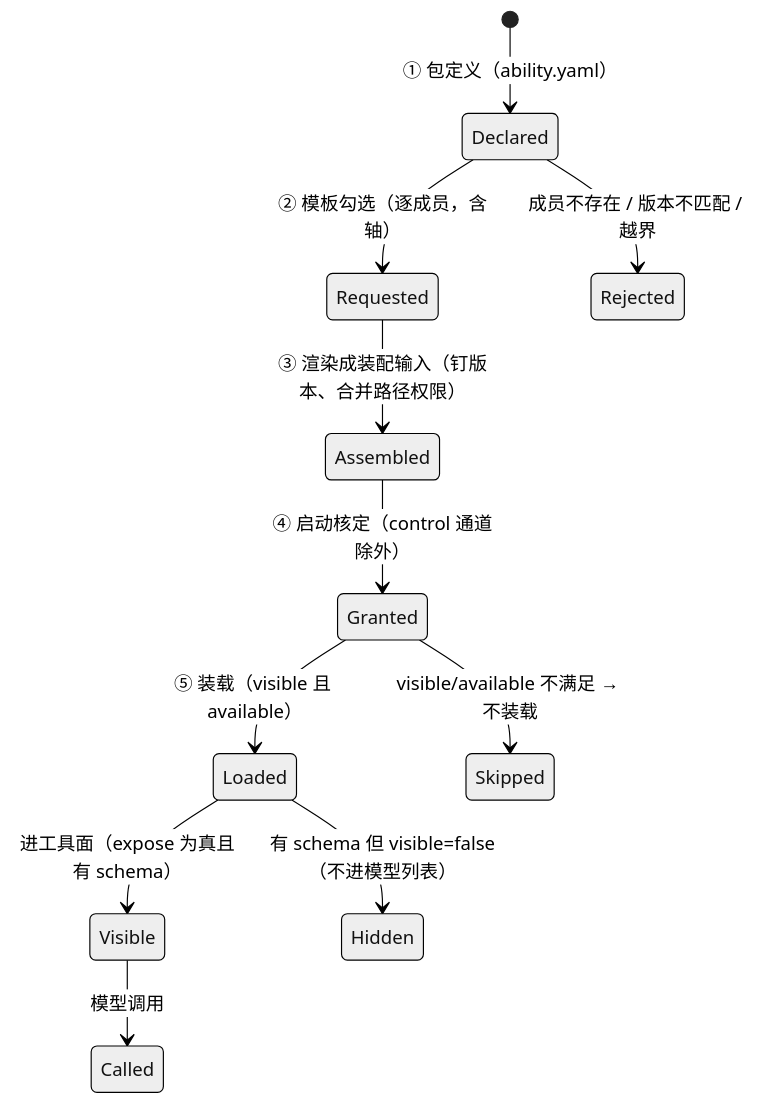
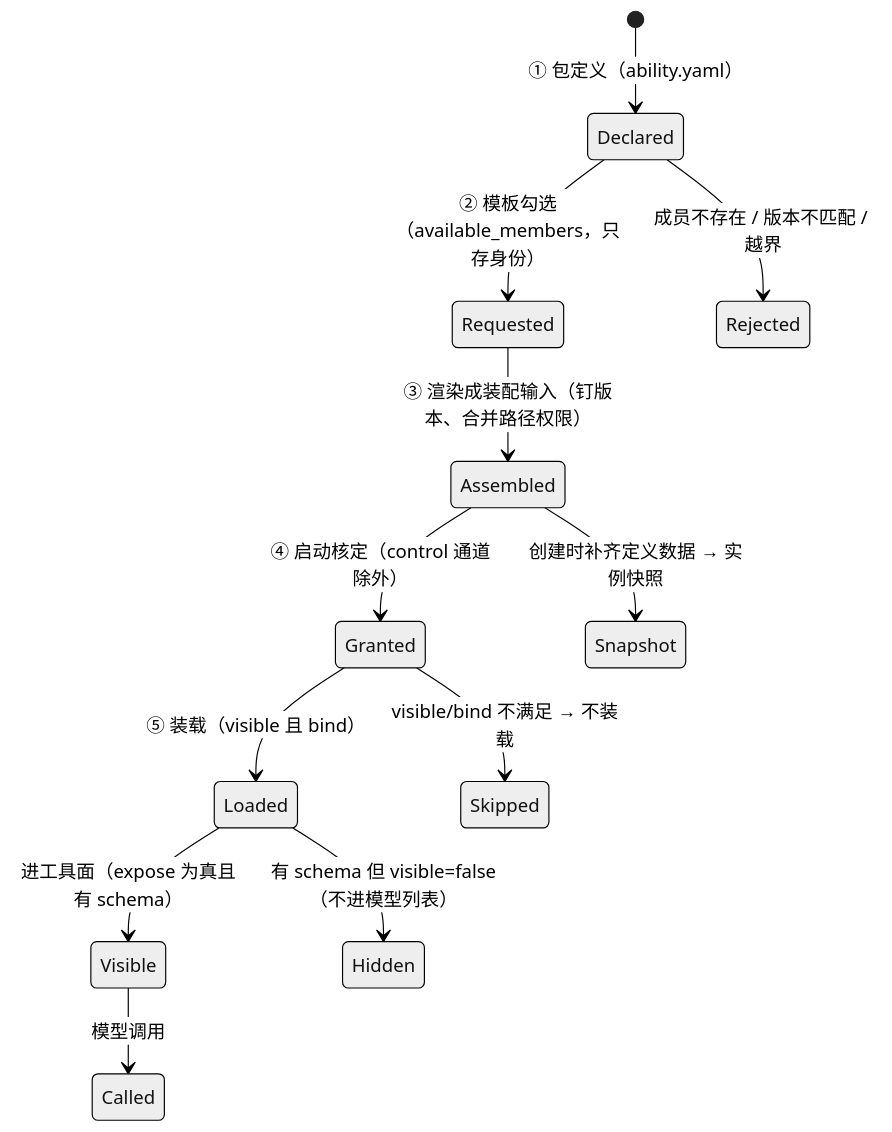
The first of 2 diagrams in docs/ghrah-11-member-spec.md (ghrah-org/ghrah-monorepo), drawn with Mermaid (neutral theme) before and after one commit. The commit also changed other lines of this file and 15 other files, not shown here.

````diff
--- a/docs/ghrah-11-member-spec.md
+++ b/docs/ghrah-11-member-spec.md
@@ -271,13 +341,14 @@
 ```mermaid
 stateDiagram-v2
     [*] --> Declared: ① 包定义（ability.yaml）
-    Declared --> Requested: ② 模板勾选（逐成员，含轴）
+    Declared --> Requested: ② 模板勾选（available_members，只存身份）
     Requested --> Assembled: ③ 渲染成装配输入（钉版本、合并路径权限）
     Assembled --> Granted: ④ 启动核定（control 通道除外）
-    Granted --> Loaded: ⑤ 装载（visible 且 available）
+    Assembled --> Snapshot: 创建时补齐定义数据 → 实例快照
+    Granted --> Loaded: ⑤ 装载（visible 且 bind）
     Loaded --> Visible: 进工具面（expose 为真且有 schema）
     Visible --> Called: 模型调用
     Loaded --> Hidden: 有 schema 但 visible=false（不进模型列表）
-    Granted --> Skipped: visible/available 不满足 → 不装载
+    Granted --> Skipped: visible/bind 不满足 → 不装载
     Declared --> Rejected: 成员不存在 / 版本不匹配 / 越界
 ```
````
